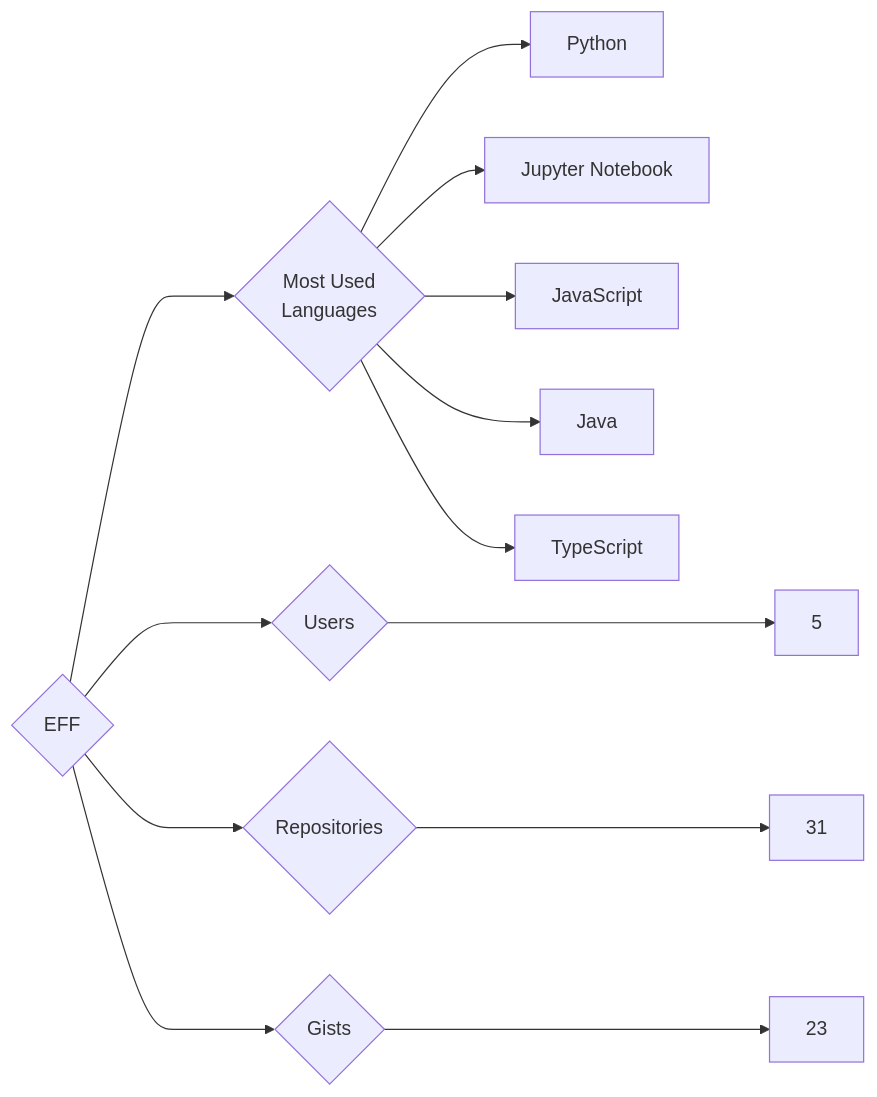
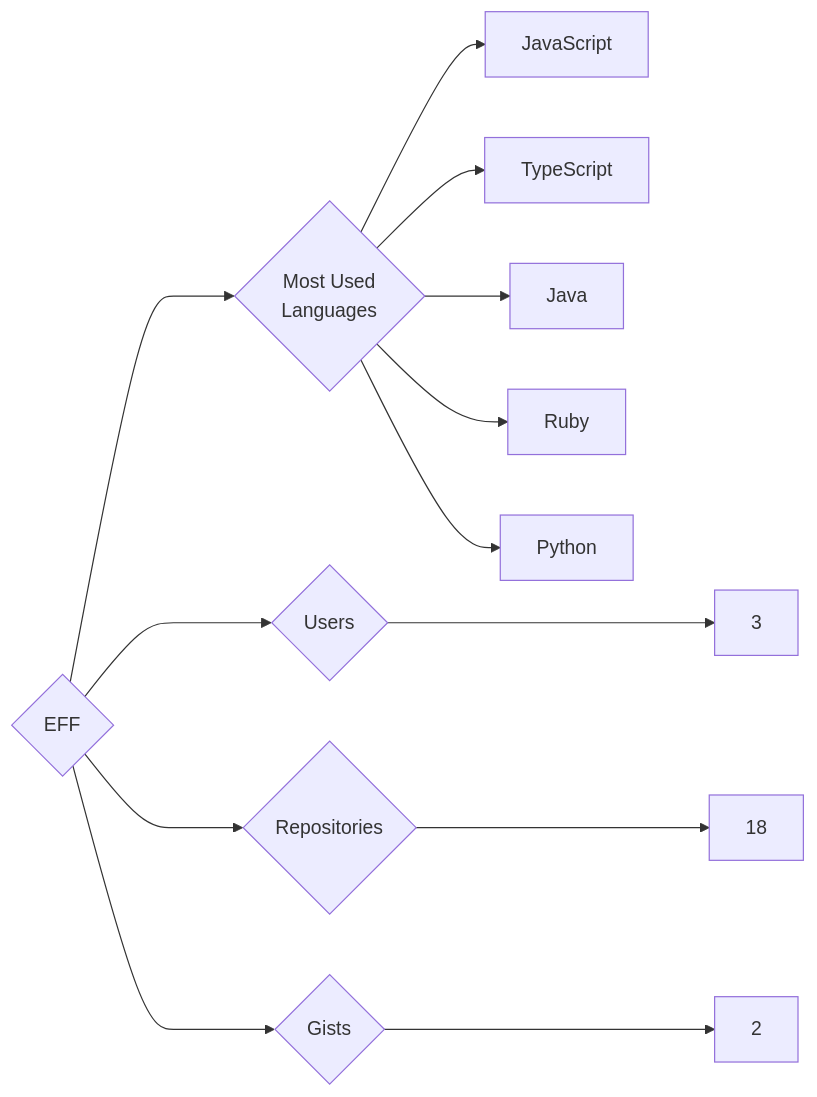
One commit to trickest/insiders changed the diagram in targets/EFF/README.md. Above: the diagram before and after it, drawn with Mermaid. The commit also changed 1030 other files, not shown here.

````diff
--- a/targets/EFF/README.md
+++ b/targets/EFF/README.md
@@ -3,13 +3,13 @@
 ```mermaid
 graph LR
 COMPANY_NAME{EFF}
-COMPANY_NAME ---> U{Users} ---> UN[5]
-COMPANY_NAME ---> R{Repositories} ---> RN[31]
-COMPANY_NAME ---> G{Gists} ---> GN[23]
+COMPANY_NAME ---> U{Users} ---> UN[3]
+COMPANY_NAME ---> R{Repositories} ---> RN[18]
+COMPANY_NAME ---> G{Gists} ---> GN[2]
 COMPANY_NAME ---> ML{Most Used<br>Languages}
+ML --> JavaScript[JavaScript]
+ML --> TypeScript[TypeScript]
+ML --> Java[Java]
+ML --> Ruby[Ruby]
 ML --> Python[Python]
-ML --> Jupyter_Notebook[Jupyter Notebook]
-ML --> JavaScript[JavaScript]
-ML --> Java[Java]
-ML --> TypeScript[TypeScript]
 ```
````
